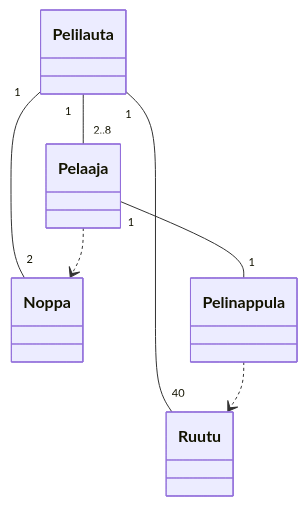
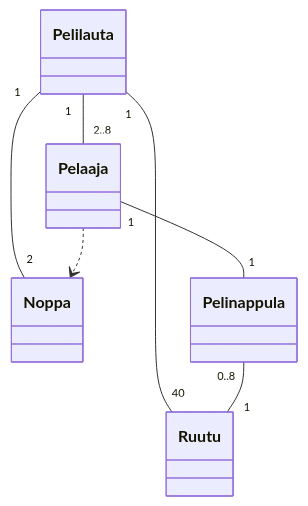
Before and after one commit to RedFoxFinn/ot-harjoitustyo: the diagram in README.md, drawn with Mermaid.

Commit message:
laskarit: vk3 monopoli

````diff
--- a/README.md
+++ b/README.md
@@ -19,15 +19,15 @@
 ```mermaid
   classDiagram
     Pelilauta "1" -- "40" Ruutu
     Pelilauta "1" -- "2" Noppa
     Pelilauta "1" -- "2..8" Pelaaja
     Pelaaja "1" -- "1" Pelinappula
-    Pelinappula ..> Ruutu
+    Pelinappula "0..8" -- "1" Ruutu
     Pelaaja ..> Noppa
     class Pelaaja
     class Pelilauta
     class Pelinappula
     class Noppa
     class Ruutu
 
 ```
````
